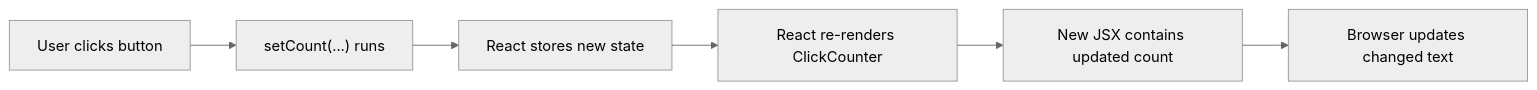
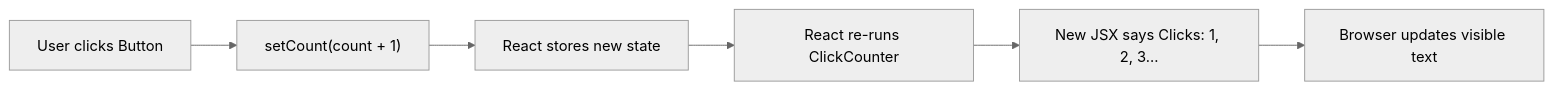
One commit to matthewlovestocode/designated changed the second of 4 diagrams in docs/web/rendering.md. Above: the diagram before and after it, drawn with Mermaid (neutral theme). The commit also changed other lines of this file and 35 other files, not shown here.

````diff
--- a/docs/web/rendering.md
+++ b/docs/web/rendering.md
@@ -75,8 +94,8 @@
 ```mermaid
 flowchart LR
-    A["User clicks button"] --> B["setCount(...) runs"]
+    A["User clicks Button"] --> B["setCount(count + 1)"]
     B --> C["React stores new state"]
-    C --> D["React re-renders ClickCounter"]
-    D --> E["New JSX contains updated count"]
-    E --> F["Browser updates changed text"]
+    C --> D["React re-runs ClickCounter"]
+    D --> E["New JSX says Clicks: 1, 2, 3..."]
+    E --> F["Browser updates visible text"]
 ```
````
